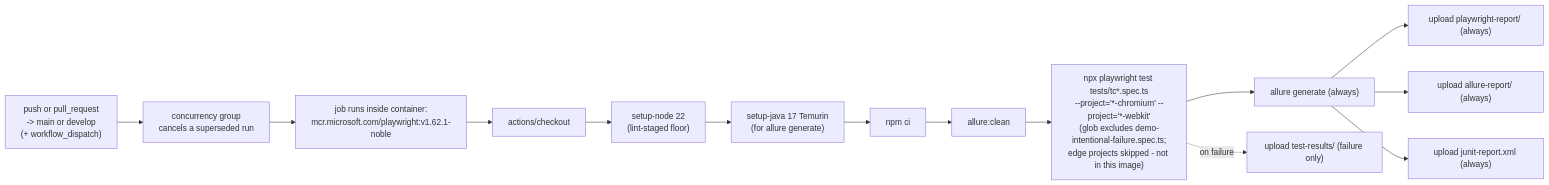
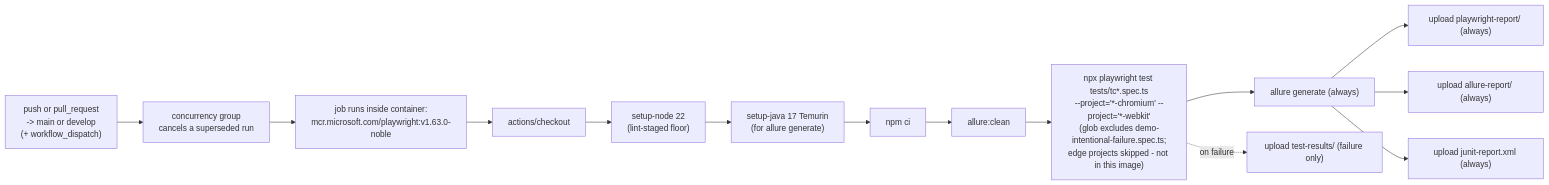
The sixth of 7 diagrams in docs/ARCHITECTURE.md (anuragsharma1098/playwright-automation), drawn with Mermaid before and after one commit. The commit also changed other lines of this file and 6 other files, not shown here.

````diff
--- a/docs/ARCHITECTURE.md
+++ b/docs/ARCHITECTURE.md
@@ -266,16 +266,16 @@
 ```mermaid
 flowchart LR
     TRIGGER["push or pull_request<br/>-> main or develop<br/>(+ workflow_dispatch)"] --> CONC["concurrency group<br/>cancels a superseded run"]
-    CONC --> JOB["job runs inside container:<br/>mcr.microsoft.com/playwright:v1.62.1-noble"]
+    CONC --> JOB["job runs inside container:<br/>mcr.microsoft.com/playwright:v1.63.0-noble"]
     JOB --> CHECKOUT["actions/checkout"]
     CHECKOUT --> NODE["setup-node 22<br/>(lint-staged floor)"]
     NODE --> JAVA["setup-java 17 Temurin<br/>(for allure generate)"]
     JAVA --> CI["npm ci"]
     CI --> ALLUREPRE["allure:clean"]
     ALLUREPRE --> RUN["npx playwright test tests/tc*.spec.ts<br/>--project='*-chromium' --project='*-webkit'<br/>(glob excludes demo-intentional-failure.spec.ts;<br/>edge projects skipped - not in this image)"]
     RUN --> ALLUREGEN["allure generate (always)"]
     ALLUREGEN --> ART1["upload playwright-report/ (always)"]
     ALLUREGEN --> ART2["upload allure-report/ (always)"]
     ALLUREGEN --> ART3["upload junit-report.xml (always)"]
     RUN -.on failure.-> ART4["upload test-results/ (failure only)"]
 ```
````
